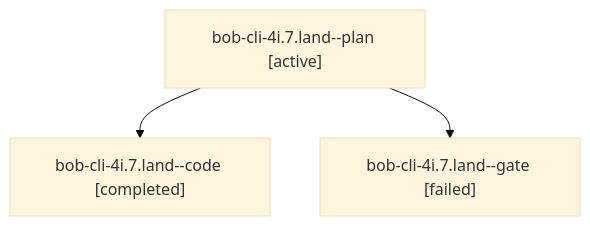
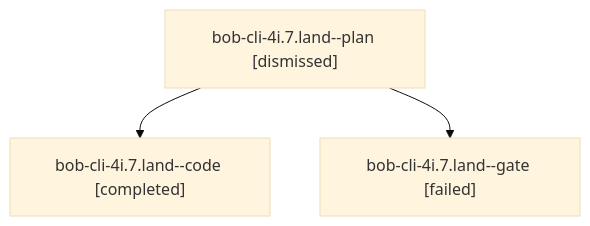
Before and after one commit to bobs-org/bob-cli--agents: the diagram in sessions/bbugyi200.apollo.bob-cli-4i.7.land.md, drawn with Mermaid (base theme). The commit also changed other lines of this file and 75 other files, not shown here.

````diff
--- a/sessions/bbugyi200.apollo.bob-cli-4i.7.land.md
+++ b/sessions/bbugyi200.apollo.bob-cli-4i.7.land.md
@@ -9,8 +9,8 @@
 ```mermaid
 flowchart TD
-  n0["bob-cli-4i.7.land--plan [active]"]
+  n0["bob-cli-4i.7.land--plan [dismissed]"]
   n1["bob-cli-4i.7.land--code [completed]"]
   n0 --> n1
   n2["bob-cli-4i.7.land--gate [failed]"]
   n0 --> n2
 ```
````
